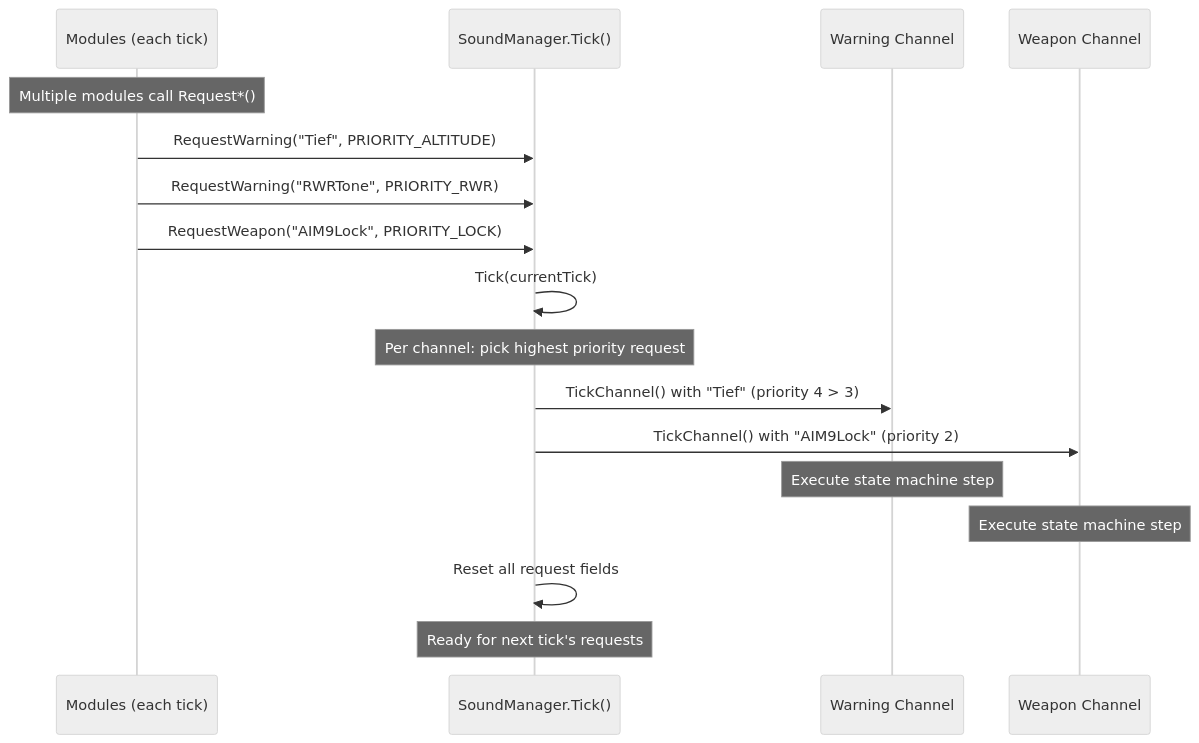
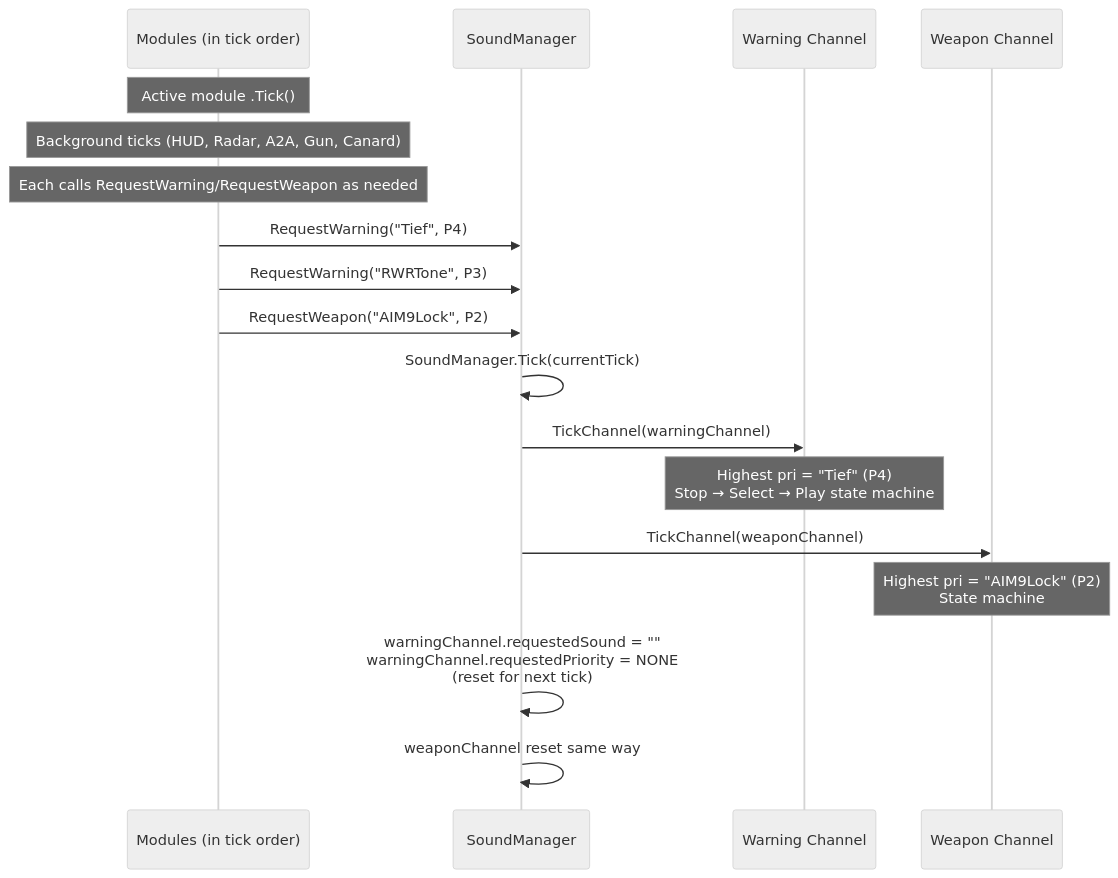
One commit to Terilia/JetOS changed the third of 3 diagrams in docs/sound-system.md. Above: the diagram before and after it, drawn with Mermaid (neutral theme). The commit also changed other lines of this file and 23 other files, not shown here.

````diff
--- a/docs/sound-system.md
+++ b/docs/sound-system.md
@@ -98,24 +156,24 @@
 ```mermaid
 sequenceDiagram
-    participant Modules as Modules (each tick)
-    participant SM as SoundManager.Tick()
-    participant WCH as Warning Channel
-    participant ACH as Weapon Channel
+    participant Mods as Modules (in tick order)
+    participant SM as SoundManager
+    participant W as Warning Channel
+    participant E as Weapon Channel
 
-    Note over Modules: Multiple modules call Request*()
-    Modules->>SM: RequestWarning("Tief", PRIORITY_ALTITUDE)
-    Modules->>SM: RequestWarning("RWRTone", PRIORITY_RWR)
-    Modules->>SM: RequestWeapon("AIM9Lock", PRIORITY_LOCK)
+    Note over Mods: Active module .Tick()
+    Note over Mods: Background ticks (HUD, Radar, A2A, Gun, Canard)
+    Note over Mods: Each calls RequestWarning/RequestWeapon as needed
 
-    SM->>SM: Tick(currentTick)
-    Note over SM: Per channel: pick highest priority request
+    Mods->>SM: RequestWarning("Tief", P4)
+    Mods->>SM: RequestWarning("RWRTone", P3)
+    Mods->>SM: RequestWeapon("AIM9Lock", P2)
 
-    SM->>WCH: TickChannel() with "Tief" (priority 4 > 3)
-    SM->>ACH: TickChannel() with "AIM9Lock" (priority 2)
+    SM->>SM: SoundManager.Tick(currentTick)
+    SM->>W: TickChannel(warningChannel)
+    Note over W: Highest pri = "Tief" (P4)<br/>Stop → Select → Play state machine
+    SM->>E: TickChannel(weaponChannel)
+    Note over E: Highest pri = "AIM9Lock" (P2)<br/>State machine
 
-    Note over WCH: Execute state machine step
-    Note over ACH: Execute state machine step
-
-    SM->>SM: Reset all request fields
-    Note over SM: Ready for next tick's requests
+    SM->>SM: warningChannel.requestedSound = ""<br/>warningChannel.requestedPriority = NONE<br/>(reset for next tick)
+    SM->>SM: weaponChannel reset same way
 ```
````
